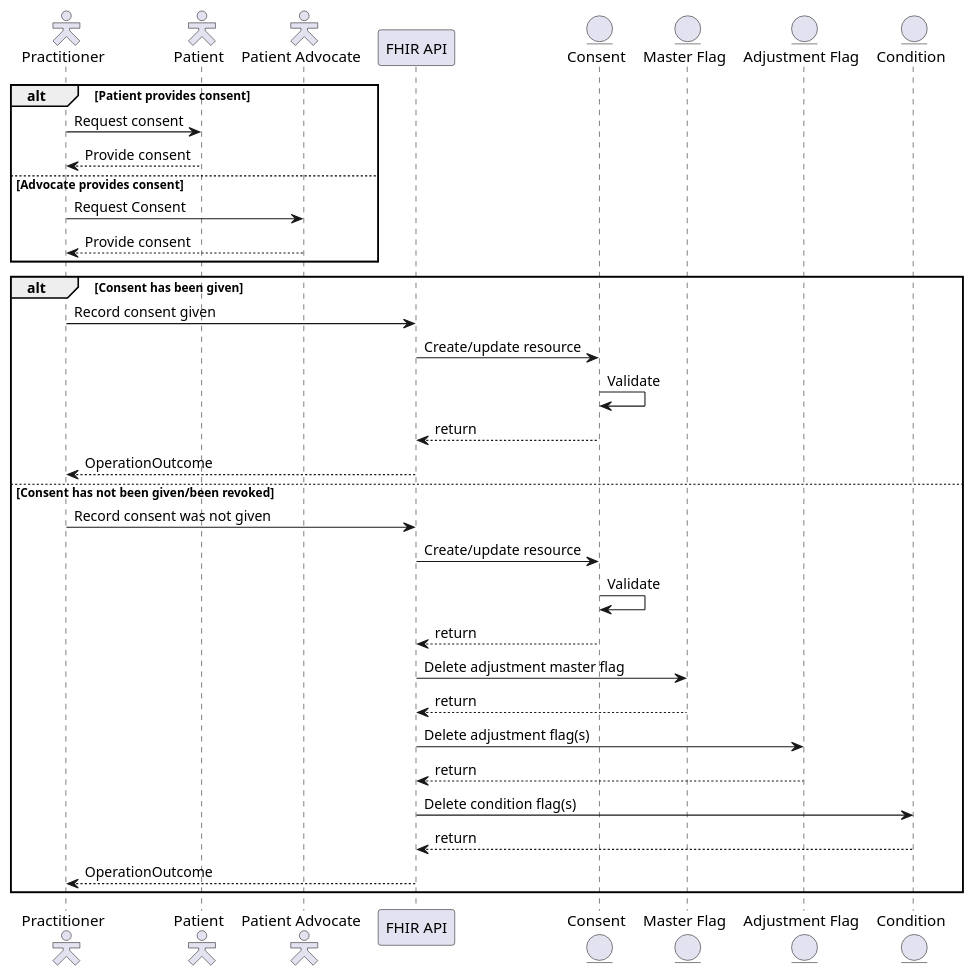
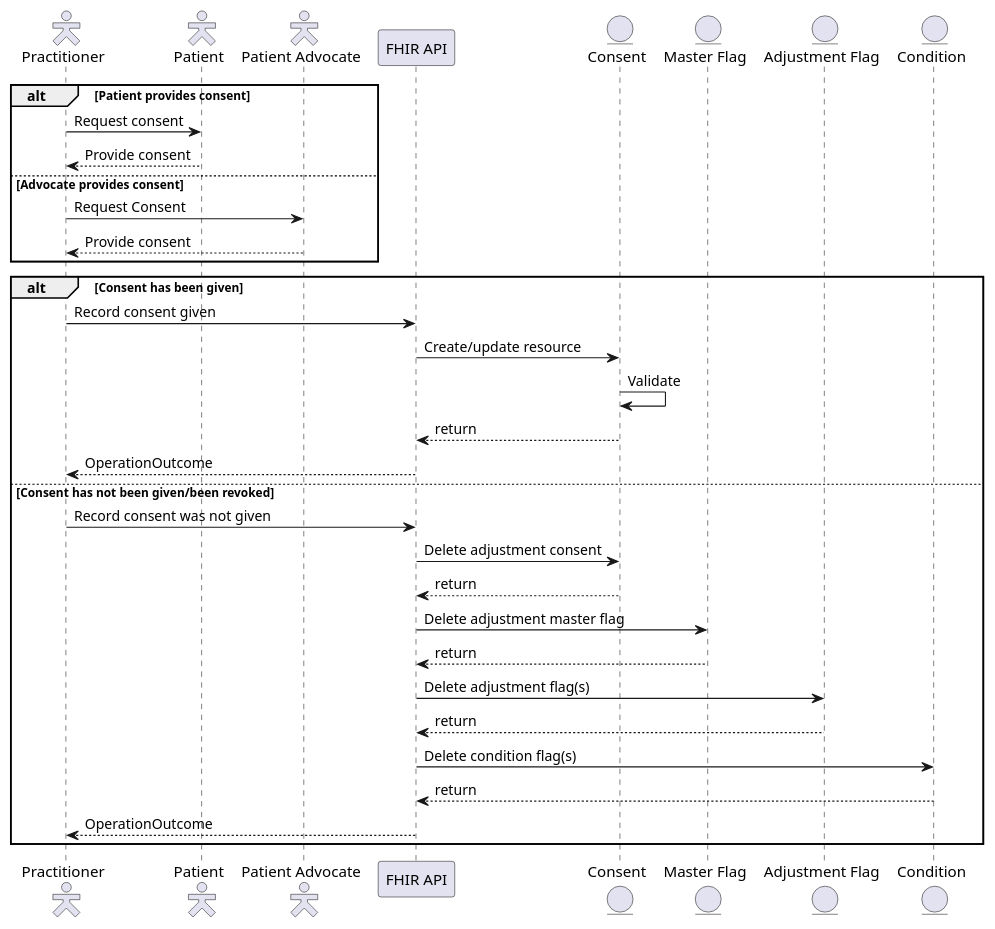
The diagram in input/images-source/consent-sequence.plantuml (NHSDigital/ra-sandbox), drawn with PlantUML before and after one commit. The commit also changed 2 other files, not shown here.

```diff
--- a/input/images-source/consent-sequence.plantuml
+++ b/input/images-source/consent-sequence.plantuml
@@ -1,42 +1,41 @@
 @startuml
 
 skinparam actorStyle hollow
 
 actor        "Practitioner"     as pra
 actor        "Patient"          as pat
 actor        "Patient Advocate" as pad
 participant  "FHIR API"         as api
 entity       "Consent"          as con
 entity       "Master Flag"      as mas
 entity       "Adjustment Flag"  as adj
 entity       "Condition"        as cod
 
 alt Patient provides consent
   pra ->  pat : Request consent
   pra <-- pat : Provide consent
 else Advocate provides consent
   pra ->  pad : Request Consent
   pra <-- pad : Provide consent
 end
 
 alt Consent has been given
   pra ->  api : Record consent given
   api ->  con : Create/update resource
   con ->  con : Validate
   api <-- con : return
   pra <-- api : OperationOutcome
 else Consent has not been given/been revoked
   pra ->  api : Record consent was not given
-  api ->  con : Create/update resource
-  con ->  con : Validate
+  api ->  con : Delete adjustment consent
   api <-- con : return
   api ->  mas : Delete adjustment master flag
   api <-- mas : return
   api ->  adj : Delete adjustment flag(s)
   api <-- adj : return
   api ->  cod : Delete condition flag(s)
   api <-- cod : return
   pra <-- api : OperationOutcome
 end
 
 @enduml
```
